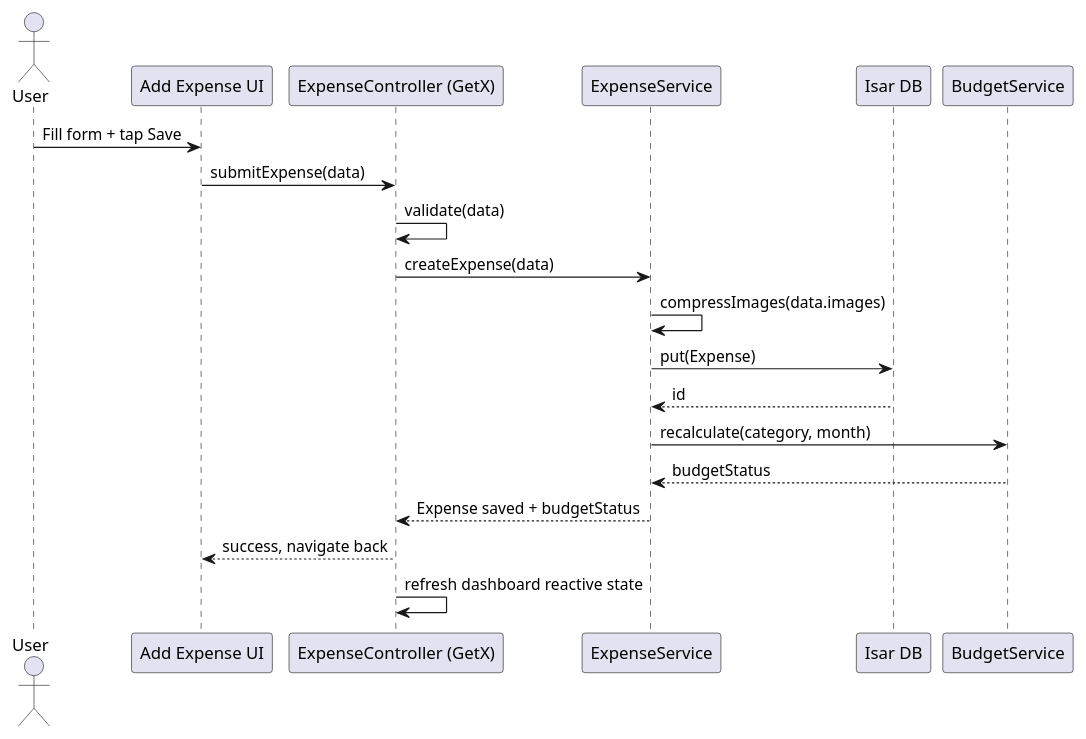
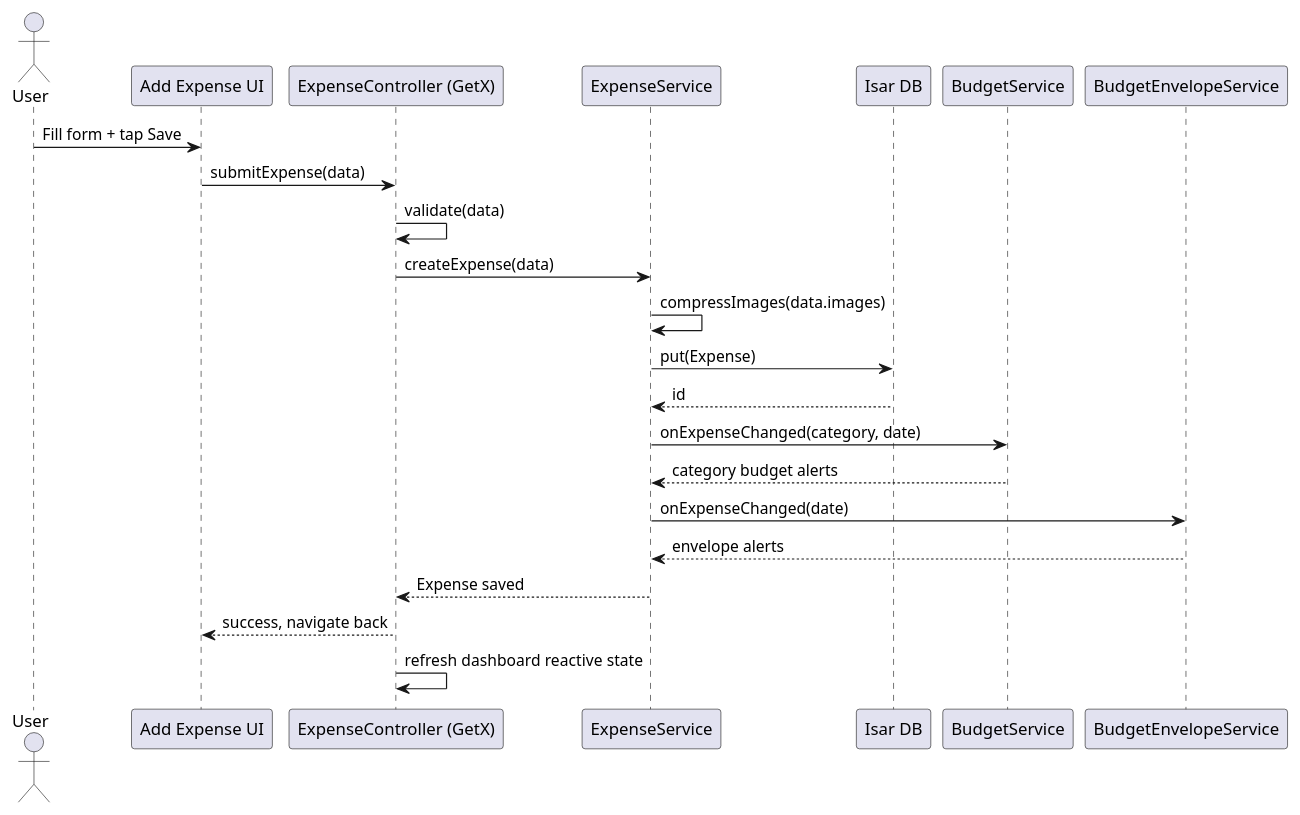
The fourth of 11 diagrams in docs/Expense_Tracker_SRS.md (Hamza5110/PennyFlow), drawn with PlantUML before and after one commit. The commit also changed other lines of this file and 39 other files, not shown here.

```diff
--- a/docs/Expense_Tracker_SRS.md
+++ b/docs/Expense_Tracker_SRS.md
@@ -666,21 +671,24 @@
 @startuml
 actor User
 participant "Add Expense UI" as UI
 participant "ExpenseController (GetX)" as Ctrl
 participant "ExpenseService" as Svc
 participant "Isar DB" as DB
 participant "BudgetService" as Budget
+participant "BudgetEnvelopeService" as Envelope
  
 User -> UI: Fill form + tap Save
 UI -> Ctrl: submitExpense(data)
 Ctrl -> Ctrl: validate(data)
 Ctrl -> Svc: createExpense(data)
 Svc -> Svc: compressImages(data.images)
 Svc -> DB: put(Expense)
 DB --> Svc: id
-Svc -> Budget: recalculate(category, month)
-Budget --> Svc: budgetStatus
-Svc --> Ctrl: Expense saved + budgetStatus
+Svc -> Budget: onExpenseChanged(category, date)
+Budget --> Svc: category budget alerts
+Svc -> Envelope: onExpenseChanged(date)
+Envelope --> Svc: envelope alerts
+Svc --> Ctrl: Expense saved
 Ctrl --> UI: success, navigate back
 Ctrl -> Ctrl: refresh dashboard reactive state
 @enduml
```
